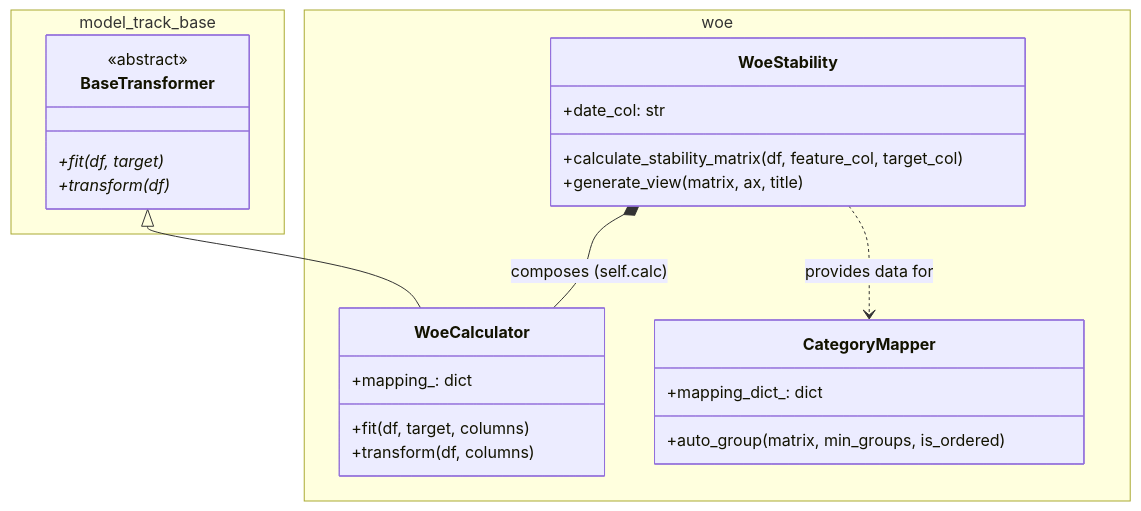
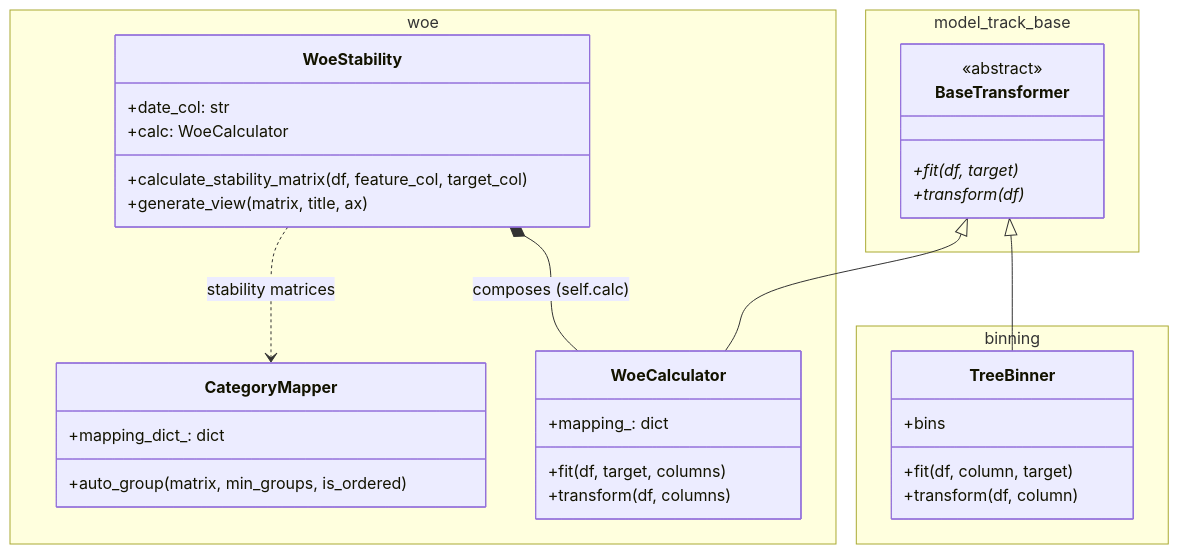
The diagram in README.md (Cristiano2132/model-track-cr), drawn with Mermaid before and after one commit. The commit also changed other lines of this file and 1 other file, not shown here.

````diff
--- a/README.md
+++ b/README.md
@@ -55,31 +55,41 @@
 ```mermaid
 classDiagram
     namespace model_track_base {
         class BaseTransformer {
             <<abstract>>
             +fit(df, target) *
             +transform(df) *
+        }
+    }
+
+    namespace binning {
+        class TreeBinner {
+            +bins
+            +fit(df, column, target)
+            +transform(df, column)
         }
     }
 
     namespace woe {
         class WoeCalculator {
             +mapping_: dict
             +fit(df, target, columns)
             +transform(df, columns)
         }
         class WoeStability {
             +date_col: str
+            +calc: WoeCalculator
             +calculate_stability_matrix(df, feature_col, target_col)
-            +generate_view(matrix, ax, title)
+            +generate_view(matrix, title, ax)
         }
         class CategoryMapper {
             +mapping_dict_: dict
             +auto_group(matrix, min_groups, is_ordered)
         }
     }
 
+    BaseTransformer <|-- TreeBinner
     BaseTransformer <|-- WoeCalculator
     WoeStability *-- WoeCalculator : composes (self.calc)
-    WoeStability ..> CategoryMapper : provides data for
+    WoeStability ..> CategoryMapper : stability matrices
 ```
````
